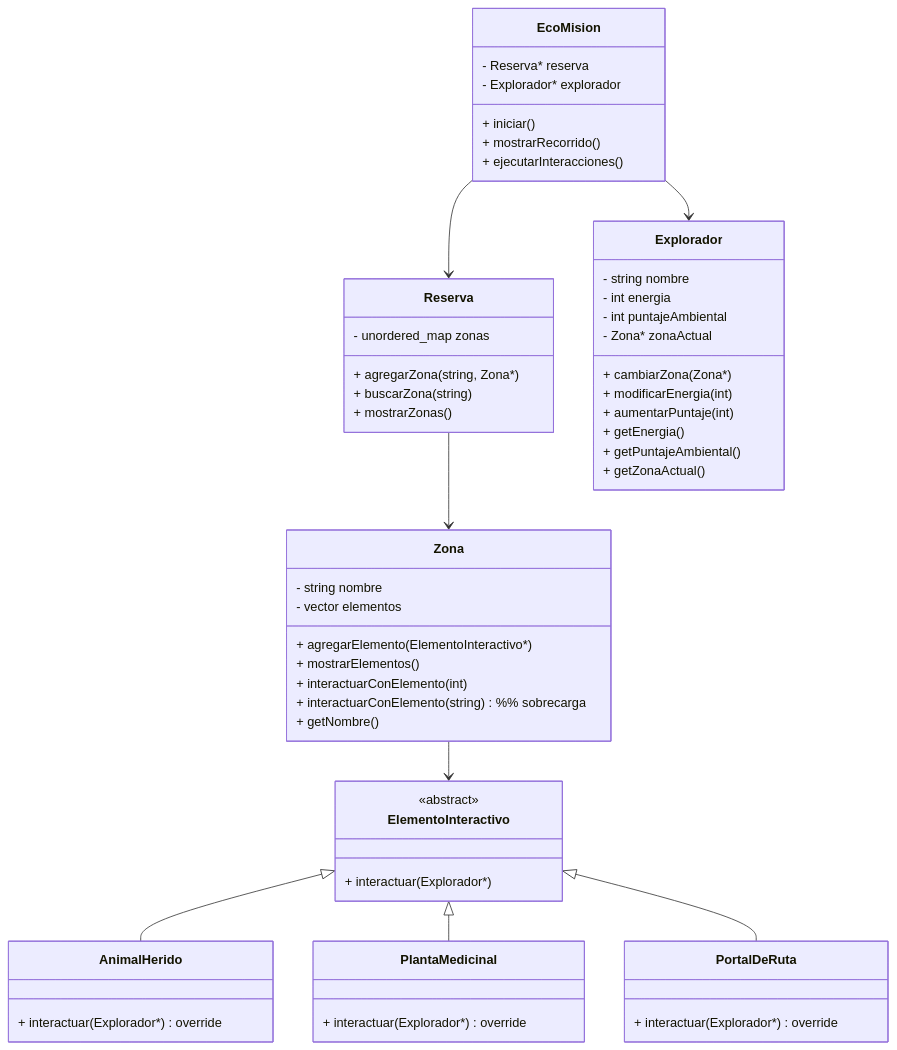
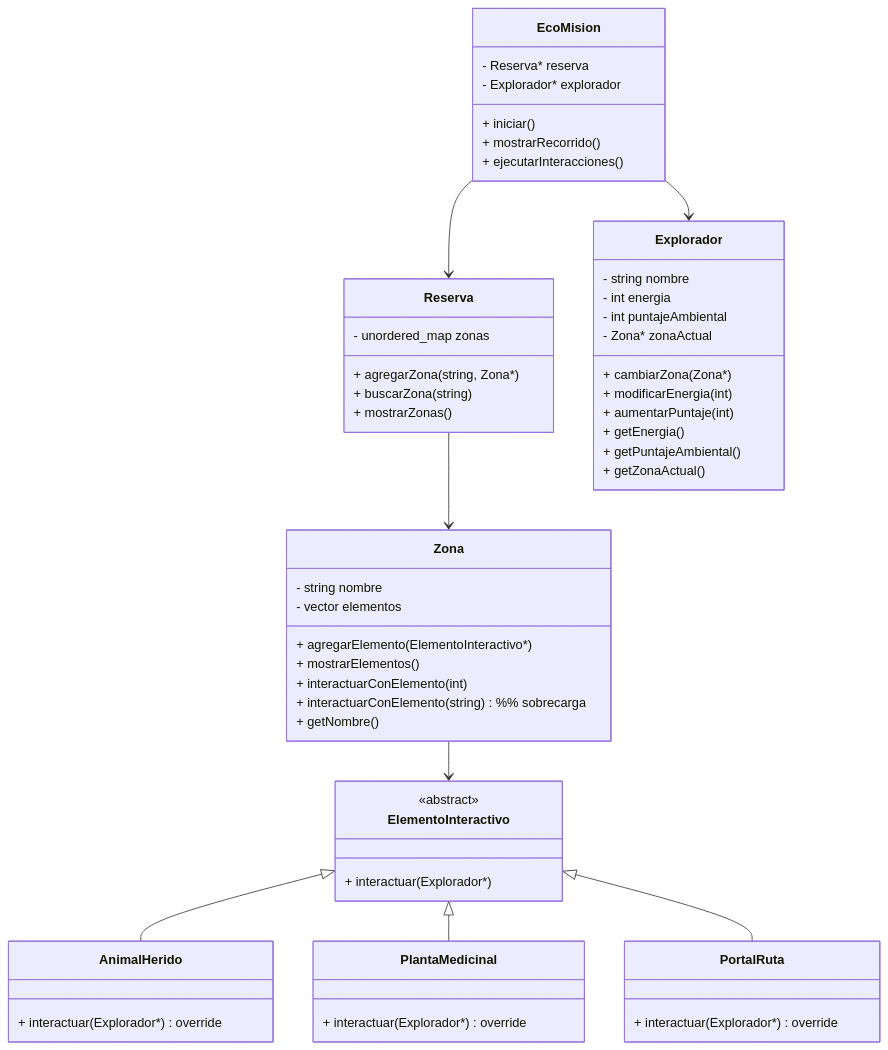
The third of 3 diagrams in docs/diseno.md (MineJuan/Proyecto_poo), drawn with Mermaid before and after one commit. The commit also changed other lines of this file, not shown here.

````diff
--- a/docs/diseno.md
+++ b/docs/diseno.md
@@ -96,66 +96,66 @@
 ```mermaid
 classDiagram
 
     class EcoMision {
         - Reserva* reserva
         - Explorador* explorador
         + iniciar()
         + mostrarRecorrido()
         + ejecutarInteracciones()
     }
 
     class Reserva {
         - unordered_map<string, Zona*> zonas
         + agregarZona(string, Zona*)
         + buscarZona(string)
         + mostrarZonas()
     }
 
     class Zona {
         - string nombre
         - vector<ElementoInteractivo*> elementos
         + agregarElemento(ElementoInteractivo*)
         + mostrarElementos()
         + interactuarConElemento(int)
         + interactuarConElemento(string) %% sobrecarga
         + getNombre()
     }
 
     class Explorador {
         - string nombre
         - int energia
         - int puntajeAmbiental
         - Zona* zonaActual
         + cambiarZona(Zona*)
         + modificarEnergia(int)
         + aumentarPuntaje(int)
         + getEnergia()
         + getPuntajeAmbiental()
         + getZonaActual()
     }
 
     class ElementoInteractivo {
         <<abstract>>
         + interactuar(Explorador*)
     }
 
     class AnimalHerido {
         + interactuar(Explorador*) override
     }
 
     class PlantaMedicinal {
         + interactuar(Explorador*) override
     }
 
-    class PortalDeRuta {
+    class PortalRuta {
         + interactuar(Explorador*) override
     }
 
     EcoMision --> Reserva
     EcoMision --> Explorador
     Reserva --> Zona
     Zona --> ElementoInteractivo
     ElementoInteractivo <|-- AnimalHerido
     ElementoInteractivo <|-- PlantaMedicinal
-    ElementoInteractivo <|-- PortalDeRuta
+    ElementoInteractivo <|-- PortalRuta
 ```
````
